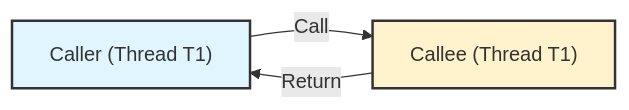
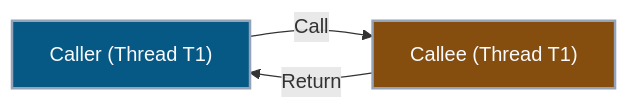
One commit to Kang-Hyesung/kang-hyesung.github.io changed the first of 2 diagrams in _posts/java/05-Inheritance/2026-01-04-메서드-바인딩.md. Above: the diagram before and after it, drawn with Mermaid. The commit also changed other lines of this file and 74 other files, not shown here.

Commit message:
docs: update post visibility and mermaid colors

````diff
--- a/_posts/java/05-Inheritance/2026-01-04-메서드-바인딩.md
+++ b/_posts/java/05-Inheritance/2026-01-04-메서드-바인딩.md
@@ -14,10 +14,10 @@
 ```mermaid
 graph LR
     A["Caller (Thread T1)"] -->|Call| B["Callee (Thread T1)"]
     B -->|Return| A
 
     %% 스타일 정의
-    style A fill:#e1f5fe,stroke:#333,stroke-width:2px
-    style B fill:#fff3cd,stroke:#333,stroke-width:2px
+    style A fill:#075985,stroke:#94a3b8,stroke-width:2px,color:#f8fafc
+    style B fill:#854d0e,stroke:#94a3b8,stroke-width:2px,color:#f8fafc
 
 ```
````
